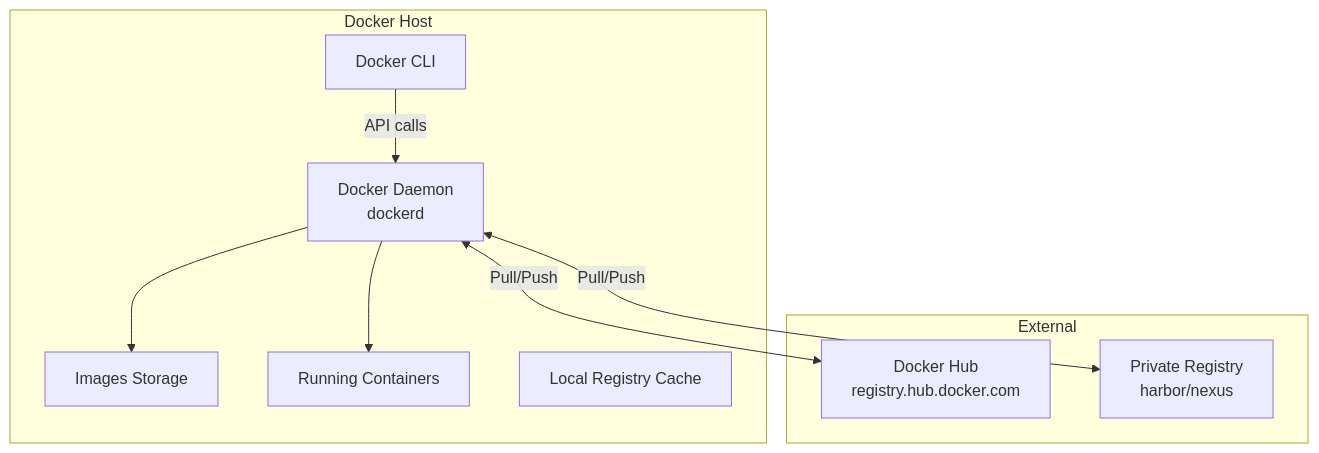
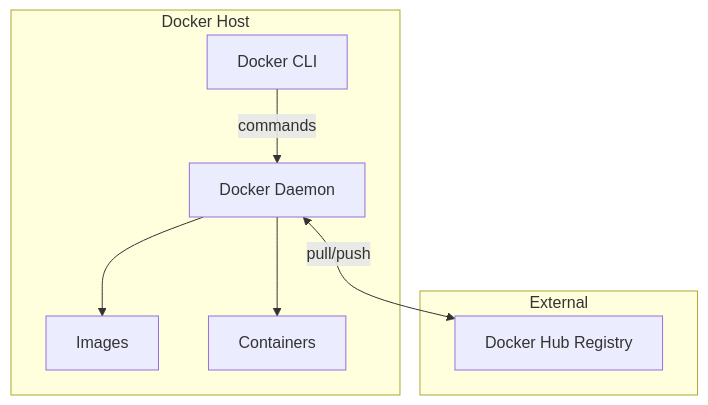
The diagram in docker_fundamentals/lecture.md (mtalvik/automatiseerimine_ext), drawn with Mermaid before and after one commit. The commit also changed other lines of this file, not shown here.

````diff
--- a/docker_fundamentals/lecture.md
+++ b/docker_fundamentals/lecture.md
@@ -99,21 +93,18 @@
 ```mermaid
 graph TB
     subgraph "Docker Host"
         Client[Docker CLI]
-        Daemon[Docker Daemon<br/>dockerd]
-        Images[Images Storage]
-        Containers[Running Containers]
-        Registry[Local Registry Cache]
+        Daemon[Docker Daemon]
+        Images[Images]
+        Containers[Containers]
     end
     
     subgraph "External"
-        Hub[Docker Hub<br/>registry.hub.docker.com]
-        Private[Private Registry<br/>harbor/nexus]
+        Registry[Docker Hub Registry]
     end
     
-    Client -->|API calls| Daemon
+    Client -->|commands| Daemon
     Daemon --> Images
     Daemon --> Containers
-    Daemon <-->|Pull/Push| Hub
-    Daemon <-->|Pull/Push| Private
+    Daemon <-->|pull/push| Registry
 ```
````
